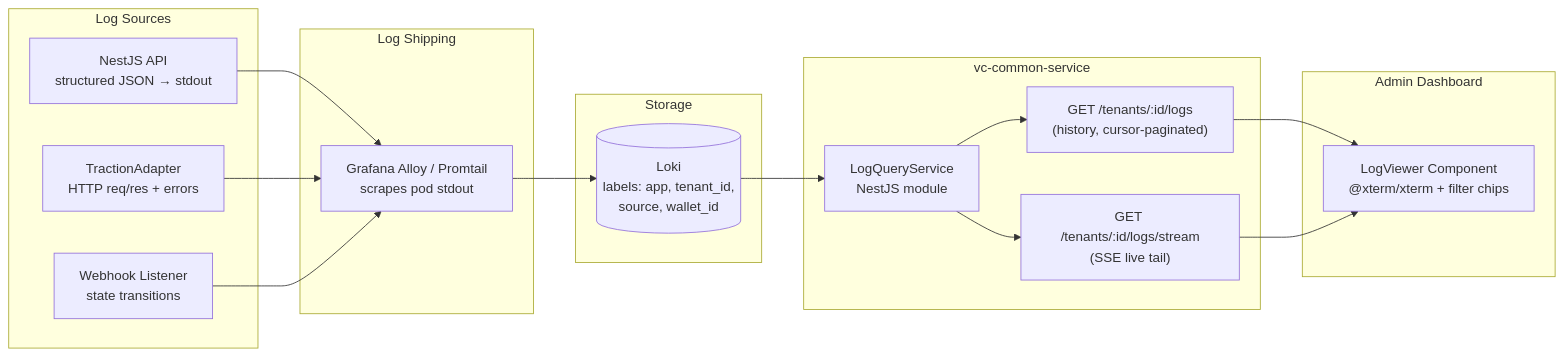
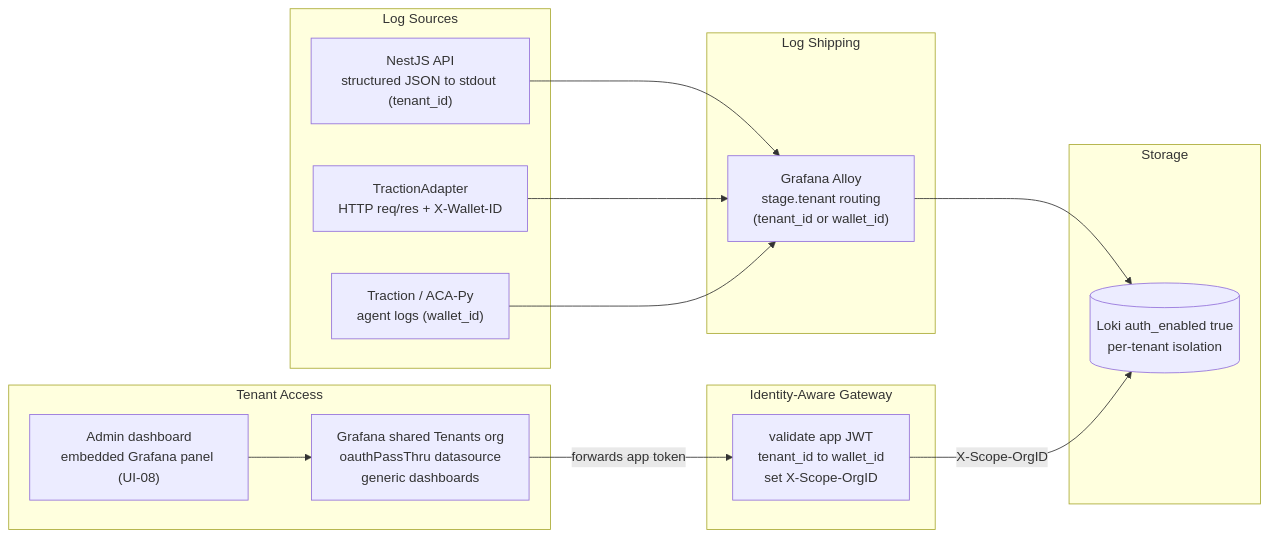
Diagram 20 of 22 in docs/ARCHITECTURE.md (bcgov/vc-common-service), drawn with Mermaid before and after one commit. The commit also changed other lines of this file, not shown here.

First line of the commit message:
docs(architecture): revamp observability section for Grafana + Loki gateway

````diff
--- a/docs/ARCHITECTURE.md
+++ b/docs/ARCHITECTURE.md
@@ -1361,32 +1367,29 @@
 ```mermaid
 flowchart LR
     subgraph Sources ["Log Sources"]
-        API[NestJS API<br/>structured JSON → stdout]
-        Adapter[TractionAdapter<br/>HTTP req/res + errors]
-        Webhook[Webhook Listener<br/>state transitions]
+        API["NestJS API<br/>structured JSON to stdout (tenant_id)"]
+        Adapter["TractionAdapter<br/>HTTP req/res + X-Wallet-ID"]
+        Traction["Traction / ACA-Py<br/>agent logs (wallet_id)"]
     end
     subgraph Ship ["Log Shipping"]
-        Alloy[Grafana Alloy / Promtail<br/>scrapes pod stdout]
+        Alloy["Grafana Alloy<br/>stage.tenant routing<br/>(tenant_id or wallet_id)"]
     end
     subgraph Store ["Storage"]
-        Loki[(Loki<br/>labels: app, tenant_id,<br/>source, wallet_id)]
+        Loki[("Loki auth_enabled true<br/>per-tenant isolation")]
     end
-    subgraph Proxy ["vc-common-service"]
-        LQS[LogQueryService<br/>NestJS module]
-        REST["GET /tenants/:id/logs<br/>(history, cursor-paginated)"]
-        SSE["GET /tenants/:id/logs/stream<br/>(SSE live tail)"]
+    subgraph GW ["Identity-Aware Gateway"]
+        Gate["validate app JWT<br/>tenant_id to wallet_id<br/>set X-Scope-OrgID"]
     end
-    subgraph UI ["Admin Dashboard"]
-        Viewer[LogViewer Component<br/>@xterm/xterm + filter chips]
+    subgraph Access ["Tenant Access"]
+        Grafana["Grafana shared Tenants org<br/>oauthPassThru datasource<br/>generic dashboards"]
+        Embed["Admin dashboard<br/>embedded Grafana panel (UI-08)"]
     end
 
     API --> Alloy
     Adapter --> Alloy
-    Webhook --> Alloy
+    Traction --> Alloy
     Alloy --> Loki
-    Loki --> LQS
-    LQS --> REST
-    LQS --> SSE
-    REST --> Viewer
-    SSE --> Viewer
+    Grafana -->|forwards app token| Gate
+    Gate -->|X-Scope-OrgID| Loki
+    Embed --> Grafana
 ```
````
